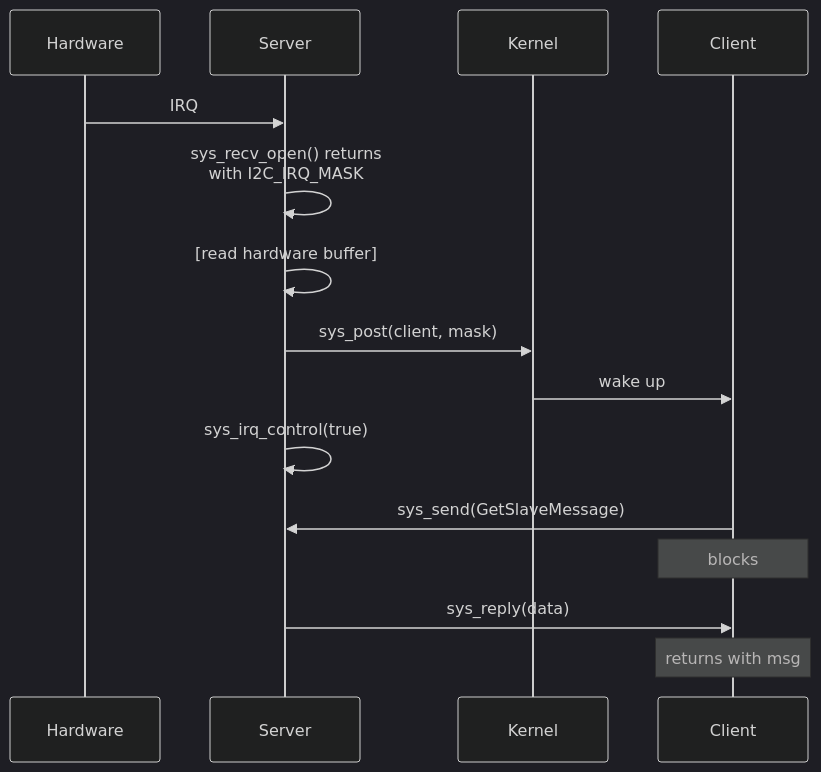
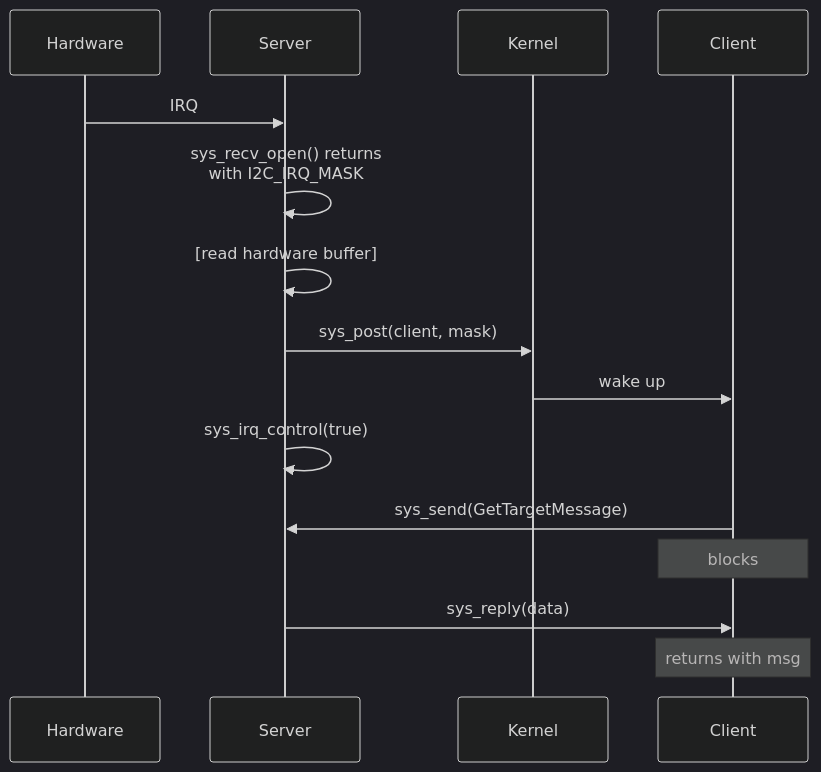
Before and after one commit to OpenPRoT/openprot: the diagram in docs/src/design/i2c/images/slave_notification_flow.mmd, drawn with Mermaid (dark theme). The commit also changed 24 other files, not shown here.

First line of the commit message:
docs(i2c): use inclusive language (controller/target instead of master/slave)

```diff
--- a/docs/src/design/i2c/images/slave_notification_flow.mmd
+++ b/docs/src/design/i2c/images/slave_notification_flow.mmd
@@ -1,17 +1,17 @@
 sequenceDiagram
     participant HW as Hardware
     participant Server
     participant Kernel
     participant Client
     
     HW->>Server: IRQ
     Server->>Server: sys_recv_open() returns<br/>with I2C_IRQ_MASK
     Server->>Server: [read hardware buffer]
     Server->>Kernel: sys_post(client, mask)
     Kernel->>Client: wake up
     Server->>Server: sys_irq_control(true)
     
-    Client->>Server: sys_send(GetSlaveMessage)
+    Client->>Server: sys_send(GetTargetMessage)
     Note over Client: blocks
     Server->>Client: sys_reply(data)
     Note over Client: returns with msg
```
